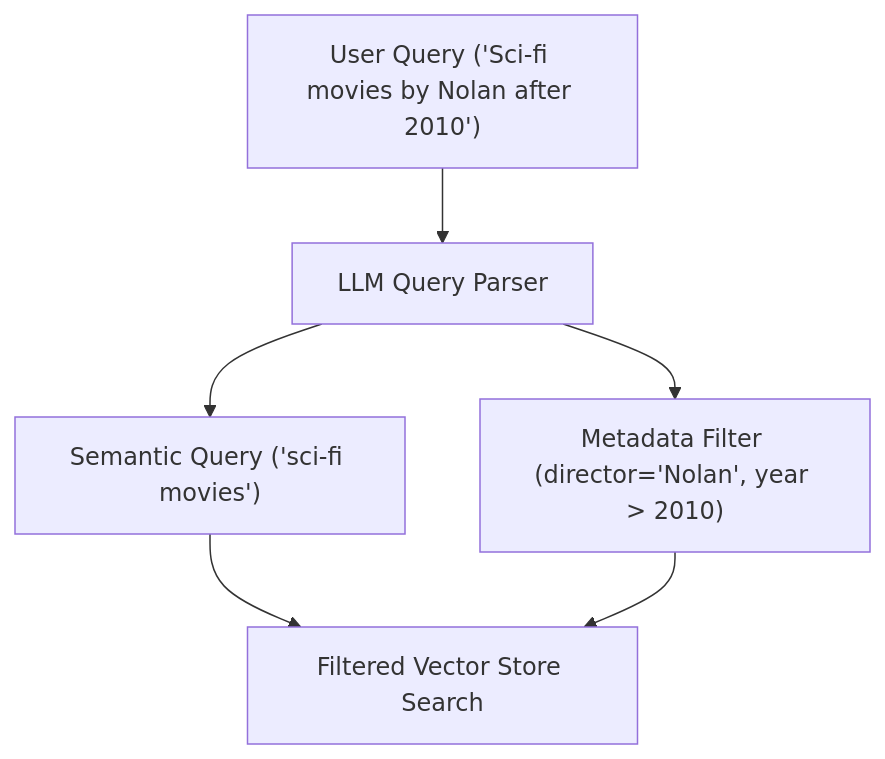
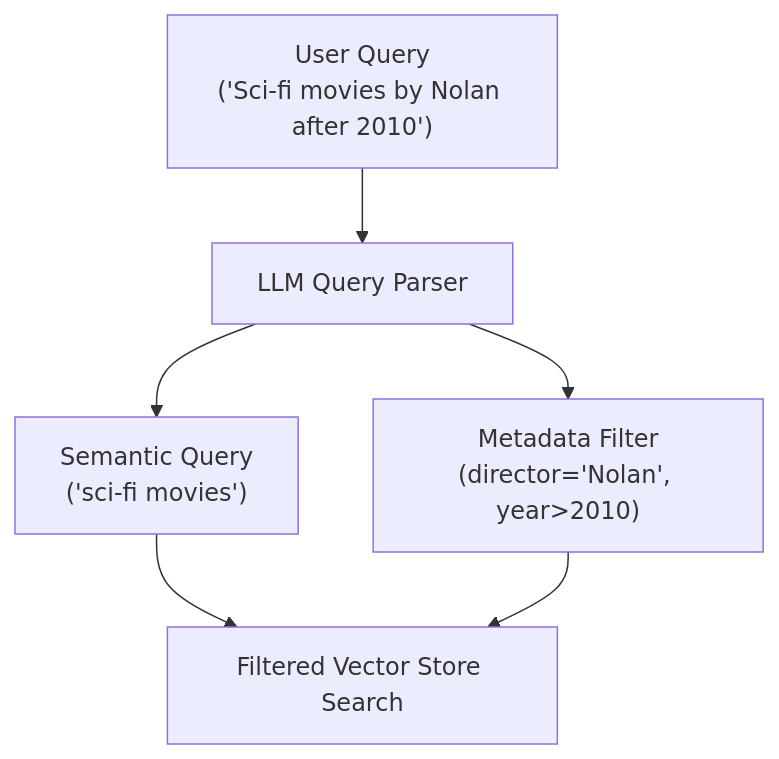
Before and after one commit to satyam0singh/Agentic-AI: the tenth of 13 diagrams in RAG/Retrivers.md, drawn with Mermaid. The commit also changed other lines of this file, not shown here.

````diff
--- a/RAG/Retrivers.md
+++ b/RAG/Retrivers.md
@@ -226,8 +367,8 @@
 ```mermaid
 flowchart TD
-    UQ["User Query ('Sci-fi movies by Nolan after 2010')"] --> LLM[LLM Query Parser]
-    LLM --> SQ["Semantic Query ('sci-fi movies')"]
-    LLM --> MF["Metadata Filter (director='Nolan', year > 2010)"]
-    SQ --> FVS[Filtered Vector Store Search]
-    MF --> FVS
+    Q["User Query<br/>('Sci-fi movies by Nolan after 2010')"] --> P["LLM Query Parser"]
+    P --> SQ["Semantic Query<br/>('sci-fi movies')"]
+    P --> MF["Metadata Filter<br/>(director='Nolan', year>2010)"]
+    SQ --> FS["Filtered Vector Store Search"]
+    MF --> FS
 ```
````
